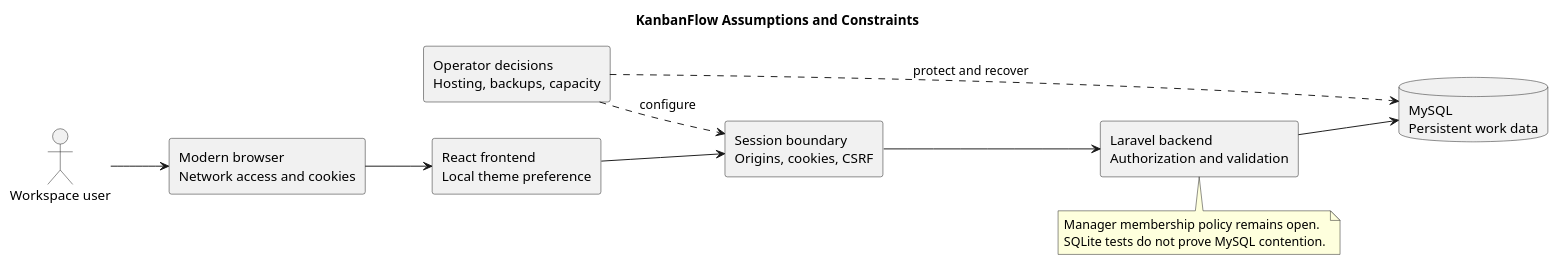
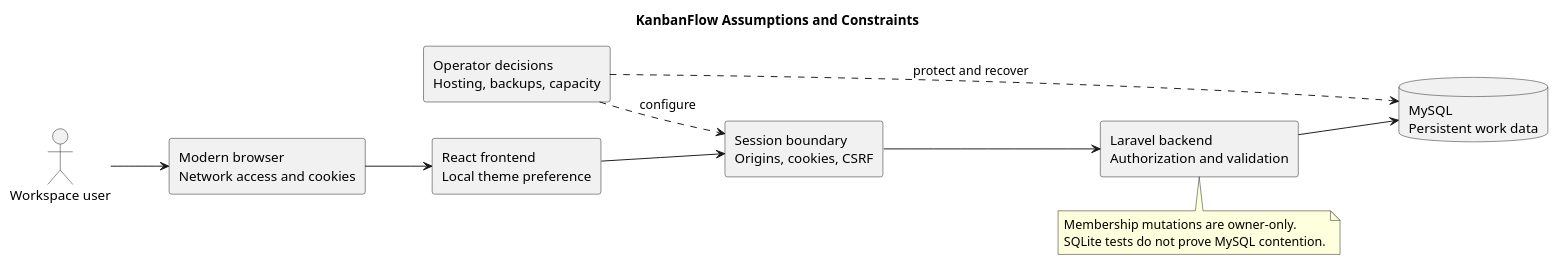
Before and after one commit to Farhad-Valizadegan/Web-KanbanFlow: the diagram in docs/Project-Definition/diagrams/assumptions-and-constraints.puml, drawn with PlantUML. The commit also changed 127 other files, not shown here.

```diff
--- a/docs/Project-Definition/diagrams/assumptions-and-constraints.puml
+++ b/docs/Project-Definition/diagrams/assumptions-and-constraints.puml
@@ -1,22 +1,22 @@
 @startuml
 title KanbanFlow Assumptions and Constraints
 left to right direction
 actor "Workspace user" as User
 rectangle "Modern browser\nNetwork access and cookies" as Browser
 rectangle "React frontend\nLocal theme preference" as Frontend
 rectangle "Session boundary\nOrigins, cookies, CSRF" as Session
 rectangle "Laravel backend\nAuthorization and validation" as Backend
 database "MySQL\nPersistent work data" as Database
 rectangle "Operator decisions\nHosting, backups, capacity" as Ops
 User --> Browser
 Browser --> Frontend
 Frontend --> Session
 Session --> Backend
 Backend --> Database
 Ops ..> Session : configure
 Ops ..> Database : protect and recover
 note bottom of Backend
-Manager membership policy remains open.
+Membership mutations are owner-only.
 SQLite tests do not prove MySQL contention.
 end note
 @enduml
```
